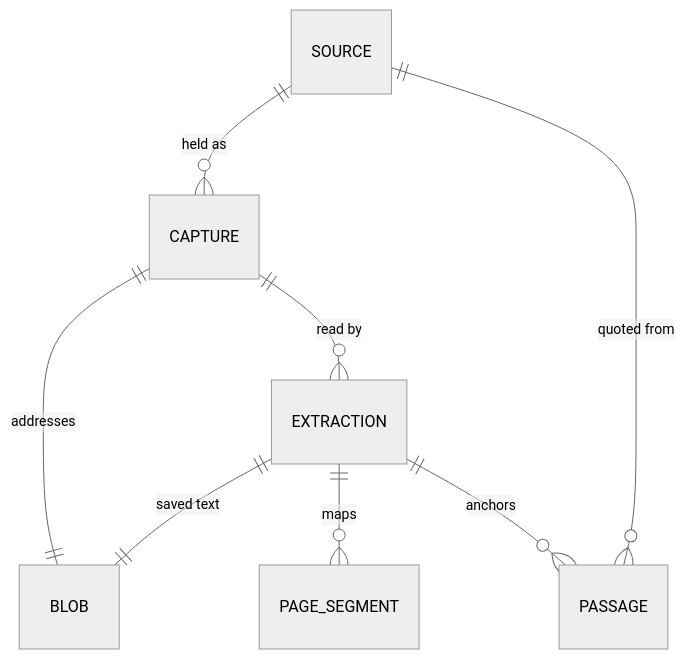
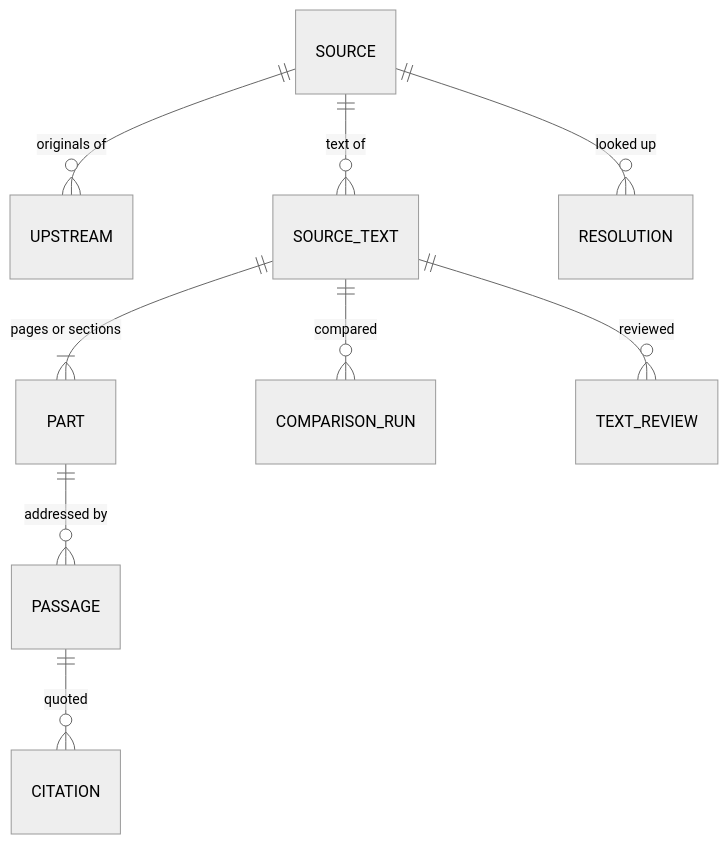
The first of 2 diagrams in docs/stemma/02-design/solution-designs/SD-002-source-corpus.md (DocumentDrivenDX/stemma), drawn with Mermaid (neutral theme) before and after one commit. The commit also changed other lines of this file and 80 other files, not shown here.

First line of the commit message:
Evolve specs: source files in the repository, the capture-to-citation chain, and verification

````diff
--- a/docs/stemma/02-design/solution-designs/SD-002-source-corpus.md
+++ b/docs/stemma/02-design/solution-designs/SD-002-source-corpus.md
@@ -150,10 +103,11 @@
 ```mermaid
 erDiagram
-    SOURCE ||--o{ CAPTURE : "held as"
-    CAPTURE ||--|| BLOB : addresses
-    CAPTURE ||--o{ EXTRACTION : "read by"
-    EXTRACTION ||--|| BLOB : "saved text"
-    EXTRACTION ||--o{ PAGE_SEGMENT : maps
-    EXTRACTION ||--o{ PASSAGE : anchors
-    SOURCE ||--o{ PASSAGE : "quoted from"
+    SOURCE ||--o{ UPSTREAM : "originals of"
+    SOURCE ||--o{ SOURCE_TEXT : "text of"
+    SOURCE_TEXT ||--|{ PART : "pages or sections"
+    SOURCE_TEXT ||--o{ COMPARISON_RUN : compared
+    SOURCE_TEXT ||--o{ TEXT_REVIEW : reviewed
+    PART ||--o{ PASSAGE : "addressed by"
+    PASSAGE ||--o{ CITATION : quoted
+    SOURCE ||--o{ RESOLUTION : "looked up"
 ```
````
